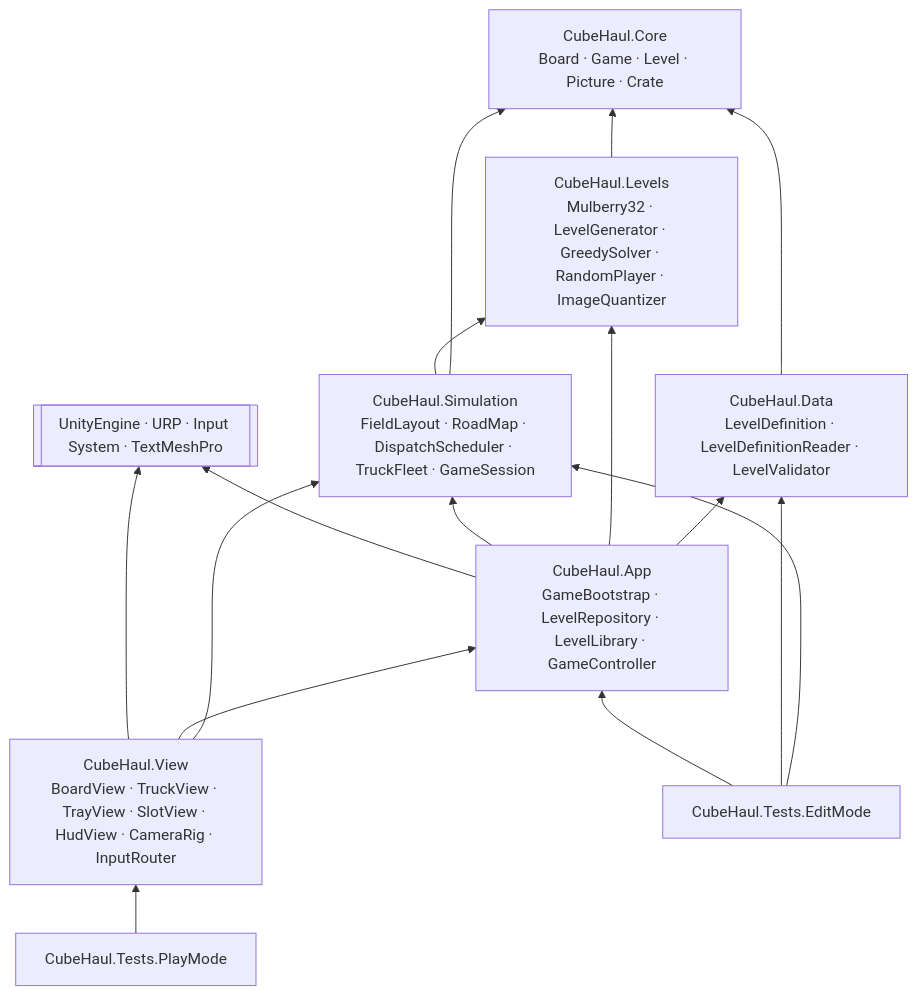
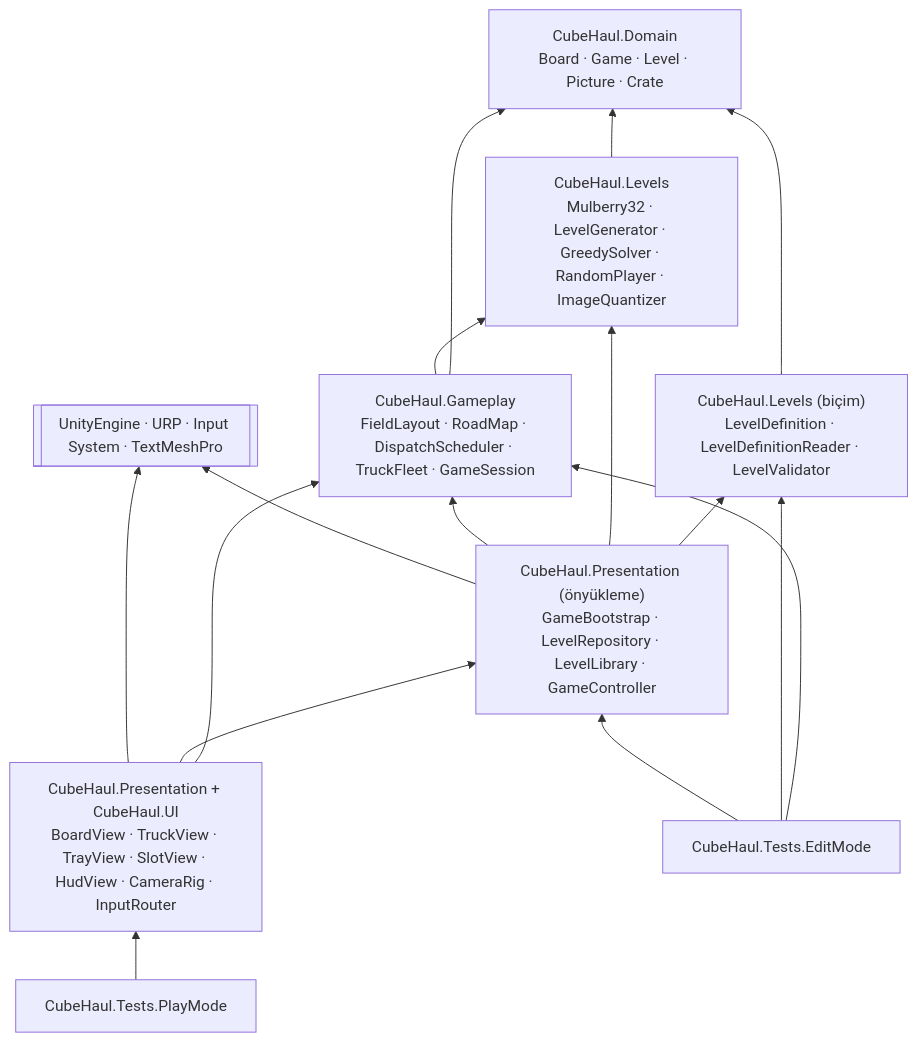
The seventh of 7 diagrams in docs/PORTING_PLAN.md (yunusemreerinc/CubeHaul3D), drawn with Mermaid before and after one commit. The commit also changed other lines of this file and 174 other files, not shown here.

````diff
--- a/docs/PORTING_PLAN.md
+++ b/docs/PORTING_PLAN.md
@@ -902,27 +900,27 @@
 ```mermaid
 flowchart BT
-  Core["CubeHaul.Core<br/>Board · Game · Level · Picture · Crate"]
+  Core["CubeHaul.Domain<br/>Board · Game · Level · Picture · Crate"]
   Levels["CubeHaul.Levels<br/>Mulberry32 · LevelGenerator · GreedySolver · RandomPlayer · ImageQuantizer"]
-  Data["CubeHaul.Data<br/>LevelDefinition · LevelDefinitionReader · LevelValidator"]
-  Sim["CubeHaul.Simulation<br/>FieldLayout · RoadMap · DispatchScheduler · TruckFleet · GameSession"]
-  App["CubeHaul.App<br/>GameBootstrap · LevelRepository · LevelLibrary · GameController"]
-  View["CubeHaul.View<br/>BoardView · TruckView · TrayView · SlotView · HudView · CameraRig · InputRouter"]
+  Data["CubeHaul.Levels (biçim)<br/>LevelDefinition · LevelDefinitionReader · LevelValidator"]
+  Sim["CubeHaul.Gameplay<br/>FieldLayout · RoadMap · DispatchScheduler · TruckFleet · GameSession"]
+  App["CubeHaul.Presentation (önyükleme)<br/>GameBootstrap · LevelRepository · LevelLibrary · GameController"]
+  View["CubeHaul.Presentation + CubeHaul.UI<br/>BoardView · TruckView · TrayView · SlotView · HudView · CameraRig · InputRouter"]
   Unity[["UnityEngine · URP · Input System · TextMeshPro"]]
   TE["CubeHaul.Tests.EditMode"]
   TP["CubeHaul.Tests.PlayMode"]
   Levels --> Core
   Data --> Core
   Sim --> Core
   Sim --> Levels
   App --> Data
   App --> Levels
   App --> Sim
   App --> Unity
   View --> Sim
   View --> App
   View --> Unity
   TE --> Sim
   TE --> Data
   TE --> App
   TP --> View
 ```
````
